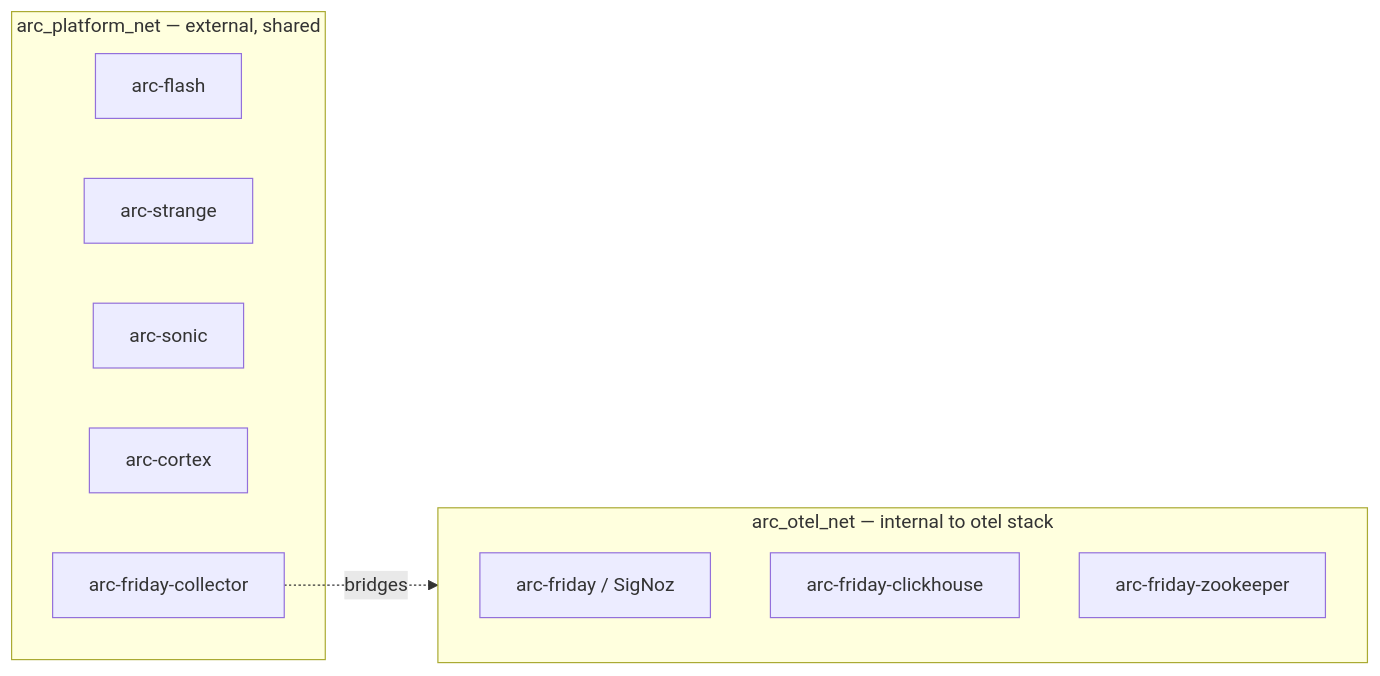
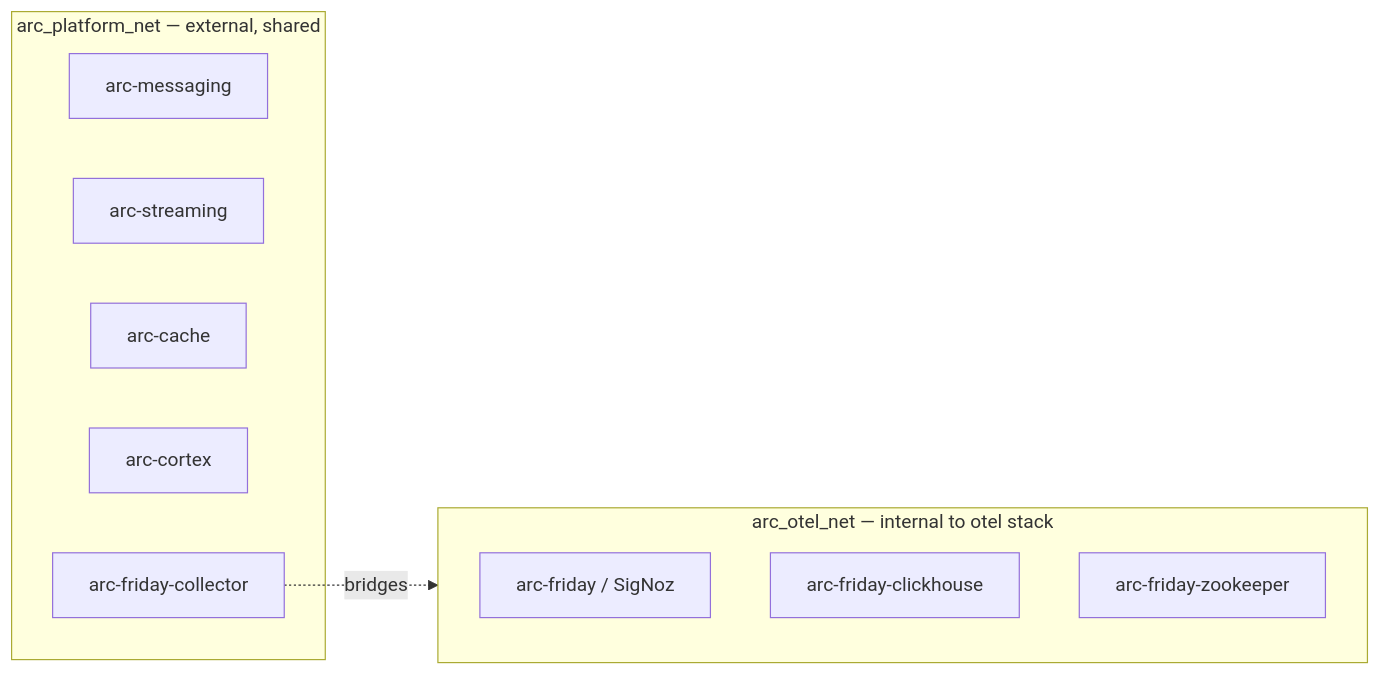
Before and after one commit to arc-framework/arc-platform: the second of 2 diagrams in specs/003-messaging-setup/spec.md, drawn with Mermaid. The commit also changed other lines of this file and 34 other files, not shown here.

````diff
--- a/specs/003-messaging-setup/spec.md
+++ b/specs/003-messaging-setup/spec.md
@@ -197,16 +197,16 @@
 ```mermaid
 graph LR
     subgraph arc_platform_net [arc_platform_net — external, shared]
-        flash[arc-flash]
-        strange[arc-strange]
-        sonic[arc-sonic]
+        flash[arc-messaging]
+        strange[arc-streaming]
+        sonic[arc-cache]
         cortex[arc-cortex]
         collector[arc-friday-collector]
     end
     subgraph arc_otel_net [arc_otel_net — internal to otel stack]
         friday[arc-friday / SigNoz]
         clickhouse[arc-friday-clickhouse]
         zookeeper[arc-friday-zookeeper]
     end
     collector -. bridges .-> arc_otel_net
 ```
````
